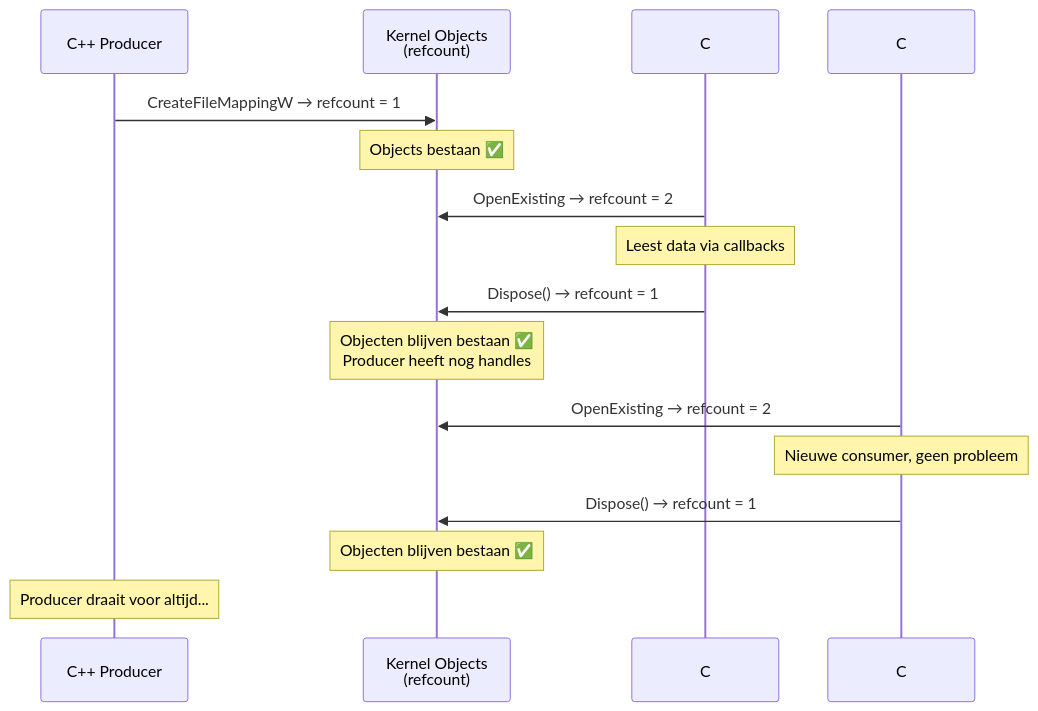
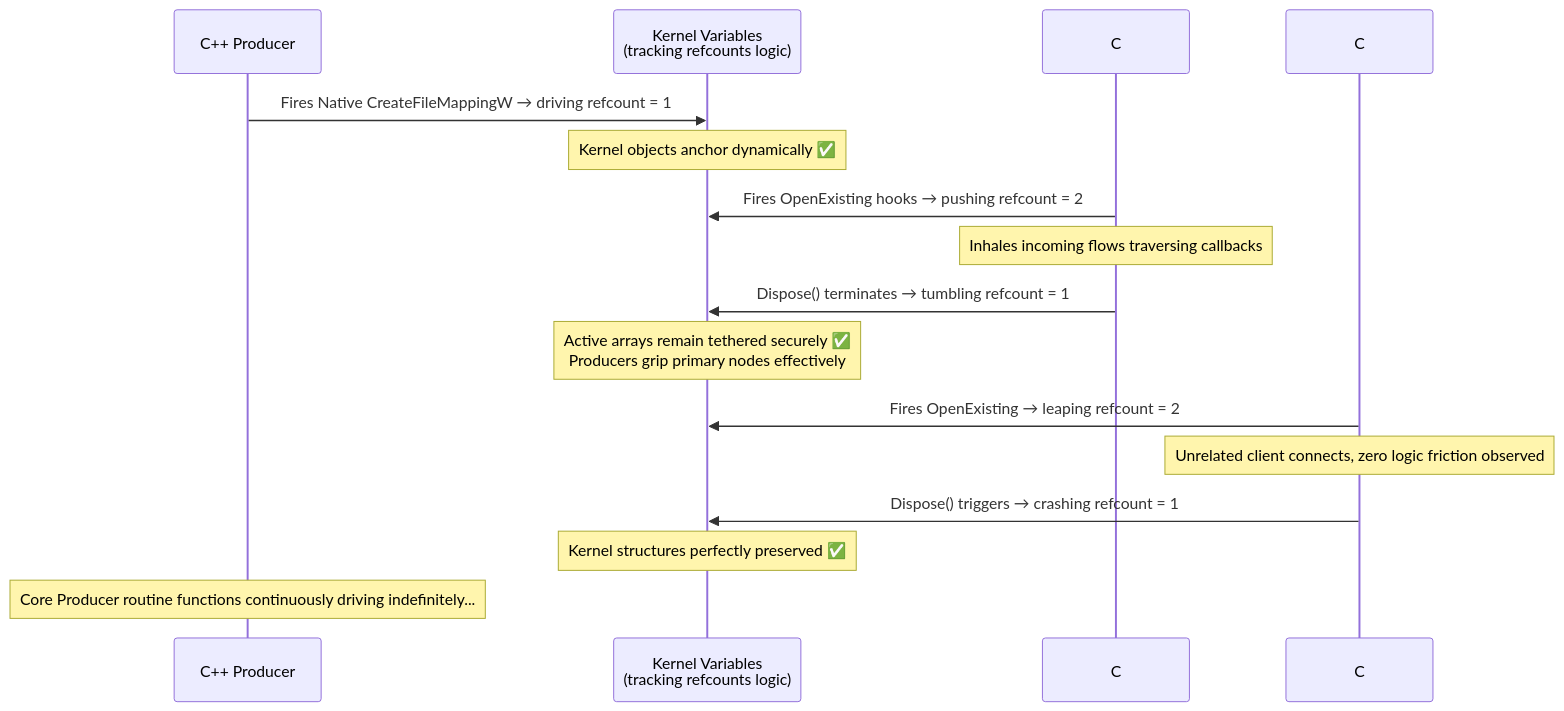
Diagram 13 of 23 in SharedValueV3_MemMap/ARCHITECTURE.md (snodeplannen/sharedvar), drawn with Mermaid before and after one commit. The commit also changed other lines of this file and 90 other files, not shown here.

````diff
--- a/SharedValueV3_MemMap/ARCHITECTURE.md
+++ b/SharedValueV3_MemMap/ARCHITECTURE.md
@@ -461,24 +461,24 @@
 ```mermaid
 sequenceDiagram
     participant P as C++ Producer
-    participant K as Kernel Objects<br/>(refcount)
-    participant CA as C# Consumer A
-    participant CB as C# Consumer B
+    participant K as Kernel Variables<br/>(tracking refcounts logic)
+    participant CA as C# Consumer Node A
+    participant CB as C# Consumer Node B
 
-    P->>K: CreateFileMappingW → refcount = 1
-    Note over K: Objects bestaan ✅
+    P->>K: Fires Native CreateFileMappingW → driving refcount = 1
+    Note over K: Kernel objects anchor dynamically ✅
 
-    CA->>K: OpenExisting → refcount = 2
-    Note over CA: Leest data via callbacks
+    CA->>K: Fires OpenExisting hooks → pushing refcount = 2
+    Note over CA: Inhales incoming flows traversing callbacks
 
-    CA->>K: Dispose() → refcount = 1
-    Note over K: Objecten blijven bestaan ✅<br/>Producer heeft nog handles
+    CA->>K: Dispose() terminates → tumbling refcount = 1
+    Note over K: Active arrays remain tethered securely ✅<br/>Producers grip primary nodes effectively
 
-    CB->>K: OpenExisting → refcount = 2
-    Note over CB: Nieuwe consumer, geen probleem
+    CB->>K: Fires OpenExisting → leaping refcount = 2
+    Note over CB: Unrelated client connects, zero logic friction observed
 
-    CB->>K: Dispose() → refcount = 1
-    Note over K: Objecten blijven bestaan ✅
+    CB->>K: Dispose() triggers → crashing refcount = 1
+    Note over K: Kernel structures perfectly preserved ✅
 
-    Note over P: Producer draait voor altijd...
+    Note over P: Core Producer routine functions continuously driving indefinitely...
 ```
````
